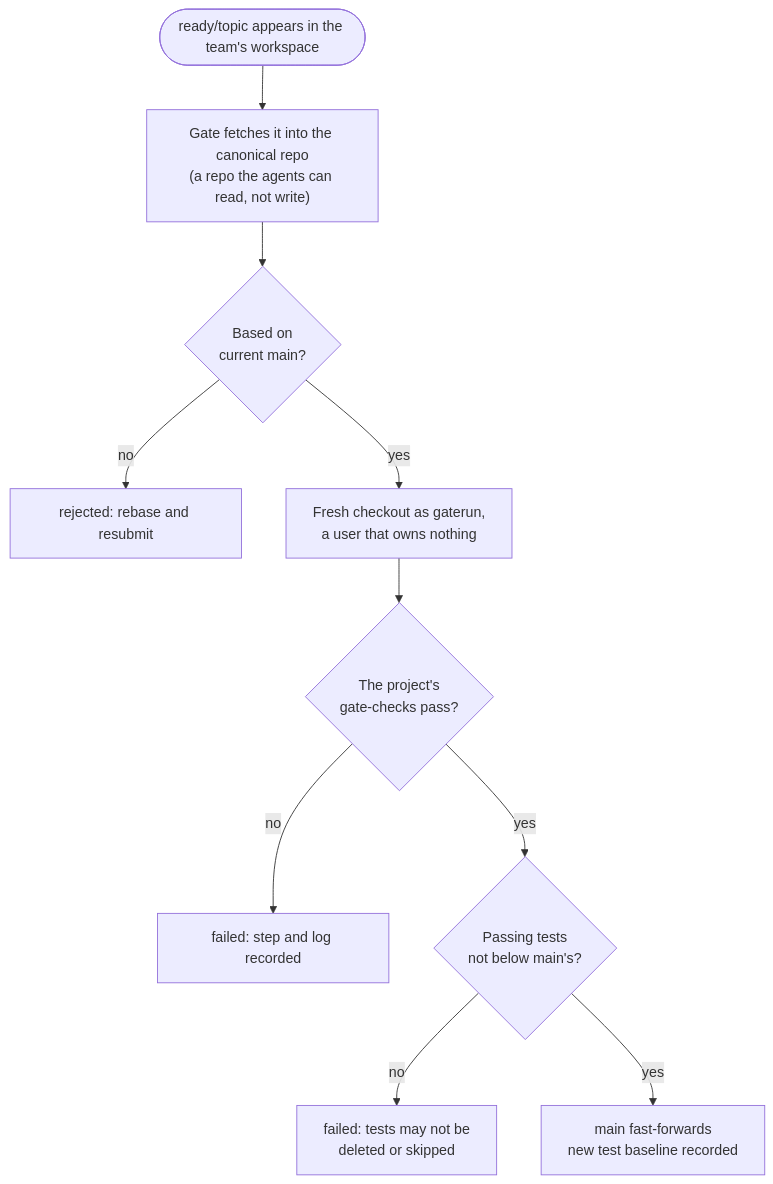
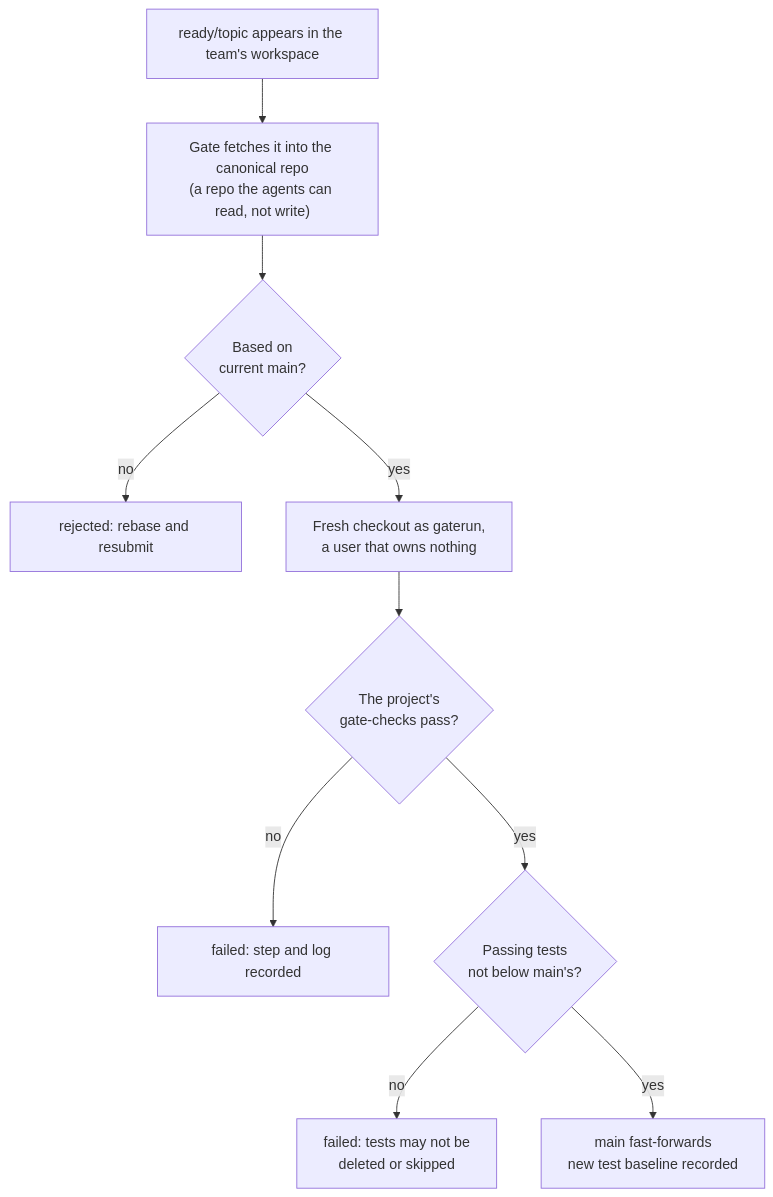
One commit to awall451/ziggurat changed the fourth of 7 diagrams in README.md. Above: the diagram before and after it, drawn with Mermaid. The commit also changed other lines of this file, not shown here.

First line of the commit message:
README: diagrams that read well in GitHub's dark and light themes

````diff
--- a/README.md
+++ b/README.md
@@ -147,12 +138,12 @@
 ```mermaid
 flowchart TD
-    c(["ready/topic appears in the team's workspace"]) --> f["Gate fetches it into the canonical repo<br/>(a repo the agents can read, not write)"]
+    c["ready/topic appears in the team's workspace"] --> f["Gate fetches it into the canonical repo<br/>(a repo the agents can read, not write)"]
     f --> b{"Based on<br/>current main?"}
     b -- no --> rej["rejected: rebase and resubmit"]
     b -- yes --> co["Fresh checkout as gaterun,<br/>a user that owns nothing"]
     co --> ch{"The project's<br/>gate-checks pass?"}
     ch -- no --> fail["failed: step and log recorded"]
     ch -- yes --> n{"Passing tests<br/>not below main's?"}
     n -- no --> fail2["failed: tests may not be<br/>deleted or skipped"]
     n -- yes --> ff["main fast-forwards<br/>new test baseline recorded"]
 ```
````
